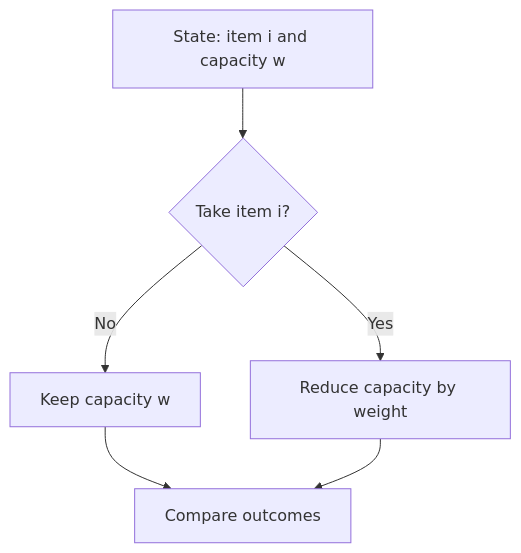
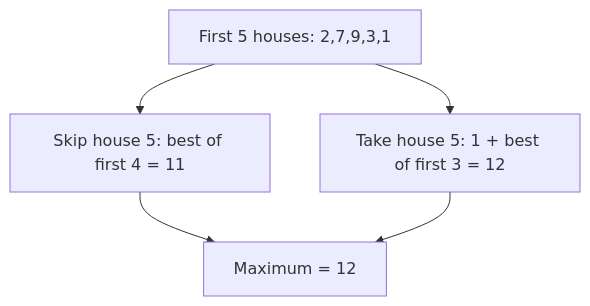
One commit to gaurav1kr/Miscellaneous changed the diagram in DSA/DP/DP_Mathematics_Master_Guide_Illustrated/Theory/Chapter-02.md. Above: the diagram before and after it, drawn with Mermaid. The commit also changed other lines of this file and 320 other files, not shown here.

````diff
--- a/DSA/DP/DP_Mathematics_Master_Guide_Illustrated/Theory/Chapter-02.md
+++ b/DSA/DP/DP_Mathematics_Master_Guide_Illustrated/Theory/Chapter-02.md
@@ -17,8 +25,7 @@
 ```mermaid
 flowchart TD
- A["State: item i and capacity w"] --> B{"Take item i?"}
- B -->|No| C["Keep capacity w"]
- B -->|Yes| D["Reduce capacity by weight"]
- C --> E["Compare outcomes"]
- D --> E
+ A["First 5 houses: 2,7,9,3,1"] --> B["Skip house 5: best of first 4 = 11"]
+ A --> C["Take house 5: 1 + best of first 3 = 12"]
+ B --> D["Maximum = 12"]
+ C --> D
 ```
````
